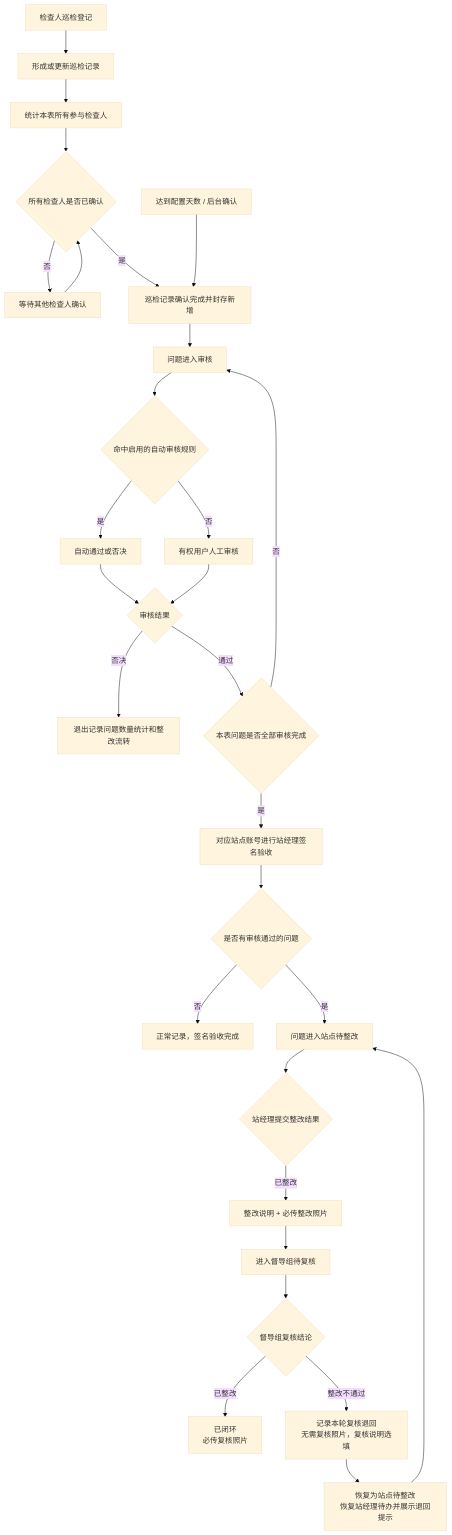
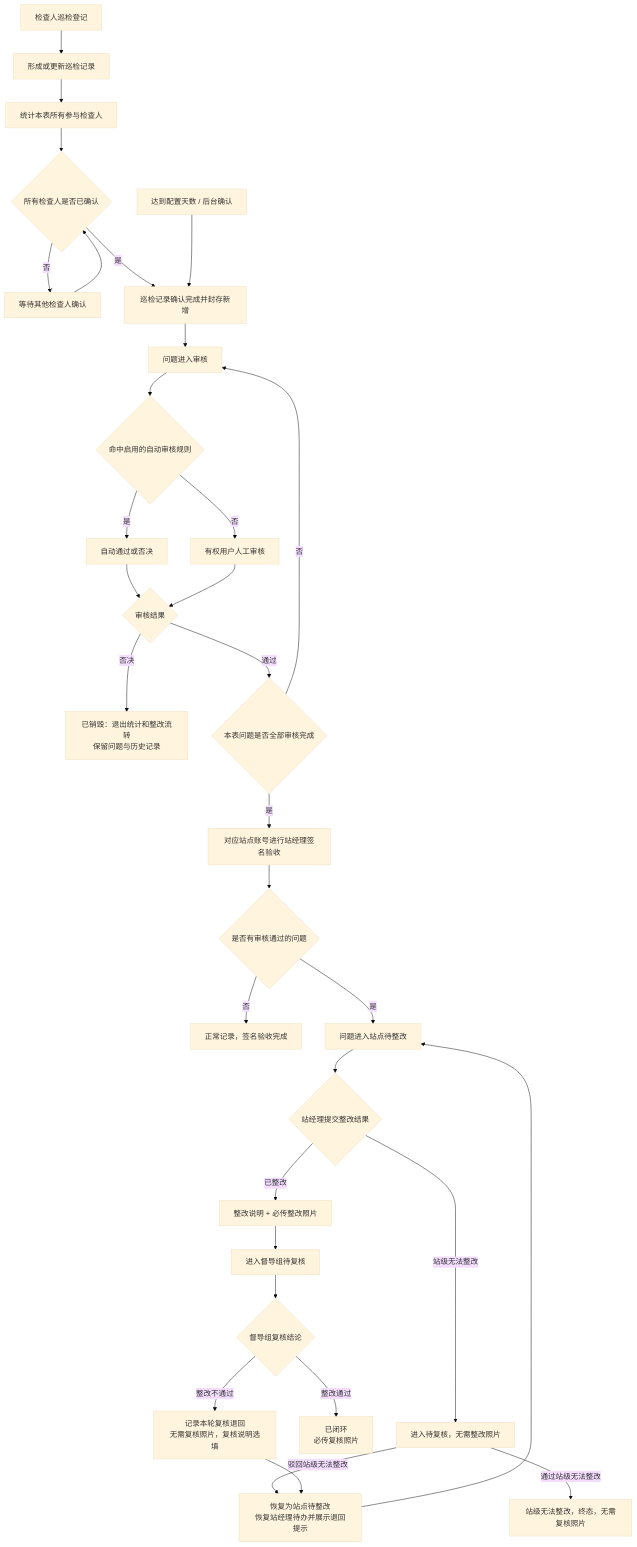
One commit to HanchengZuo/ywddzx-smart-platform changed the fifth of 10 diagrams in README.md. Above: the diagram before and after it, drawn with Mermaid (base theme). The commit also changed other lines of this file and 13 other files, not shown here.

````diff
--- a/README.md
+++ b/README.md
@@ -154,36 +154,39 @@
 ```mermaid
 flowchart TD
     REG[检查人巡检登记] --> REC[形成或更新巡检记录]
     REC --> MULTI[统计本表所有参与检查人]
     MULTI --> CONFIRM{所有检查人是否已确认}
     CONFIRM -->|否| WAIT[等待其他检查人确认]
     WAIT --> CONFIRM
     CONFIRM -->|是| COMPLETE[巡检记录确认完成并封存新增]
     AUTO[达到配置天数 / 后台确认] --> COMPLETE
 
     COMPLETE --> AUDIT[问题进入审核]
     AUDIT --> RULE{命中启用的自动审核规则}
     RULE -->|是| AUTO_RESULT[自动通过或否决]
     RULE -->|否| MANUAL[有权用户人工审核]
     AUTO_RESULT --> DECISION{审核结果}
     MANUAL --> DECISION
 
-    DECISION -->|否决| DROP[退出记录问题数量统计和整改流转]
+    DECISION -->|否决| DROP[已销毁：退出统计和整改流转<br/>保留问题与历史记录]
     DECISION -->|通过| ALLAUDIT{本表问题是否全部审核完成}
     ALLAUDIT -->|否| AUDIT
     ALLAUDIT -->|是| SIGN[对应站点账号进行站经理签名验收]
 
     SIGN --> HASISSUE{是否有审核通过的问题}
     HASISSUE -->|否| NORMAL[正常记录，签名验收完成]
     HASISSUE -->|是| RECTIFY[问题进入站点待整改]
 
     RECTIFY --> STATION_RESULT{站经理提交整改结果}
     STATION_RESULT -->|已整改| RPHOTO[整改说明 + 必传整改照片]
     RPHOTO --> REVIEW[进入督导组待复核]
+    STATION_RESULT -->|站级无法整改| UNABLE_REVIEW[进入待复核，无需整改照片]
+    UNABLE_REVIEW -->|通过站级无法整改| UNABLE_DONE[站级无法整改，终态，无需复核照片]
+    UNABLE_REVIEW -->|驳回站级无法整改| BACKLOG
 
     REVIEW --> REVIEW_RESULT{督导组复核结论}
-    REVIEW_RESULT -->|已整改| CLOSED[已闭环<br/>必传复核照片]
+    REVIEW_RESULT -->|整改通过| CLOSED[已闭环<br/>必传复核照片]
     REVIEW_RESULT -->|整改不通过| RETURN[记录本轮复核退回<br/>无需复核照片，复核说明选填]
     RETURN --> BACKLOG[恢复为站点待整改<br/>恢复站经理待办并展示退回提示]
     BACKLOG --> RECTIFY
 ```
````
